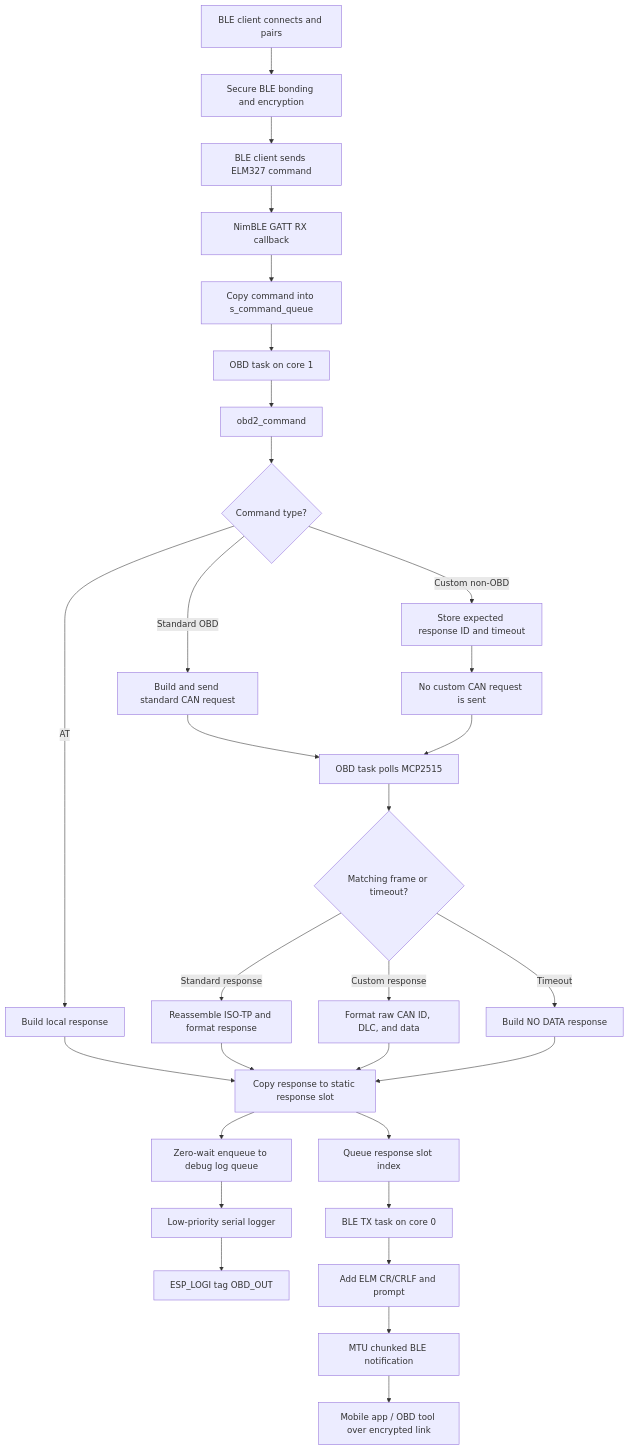
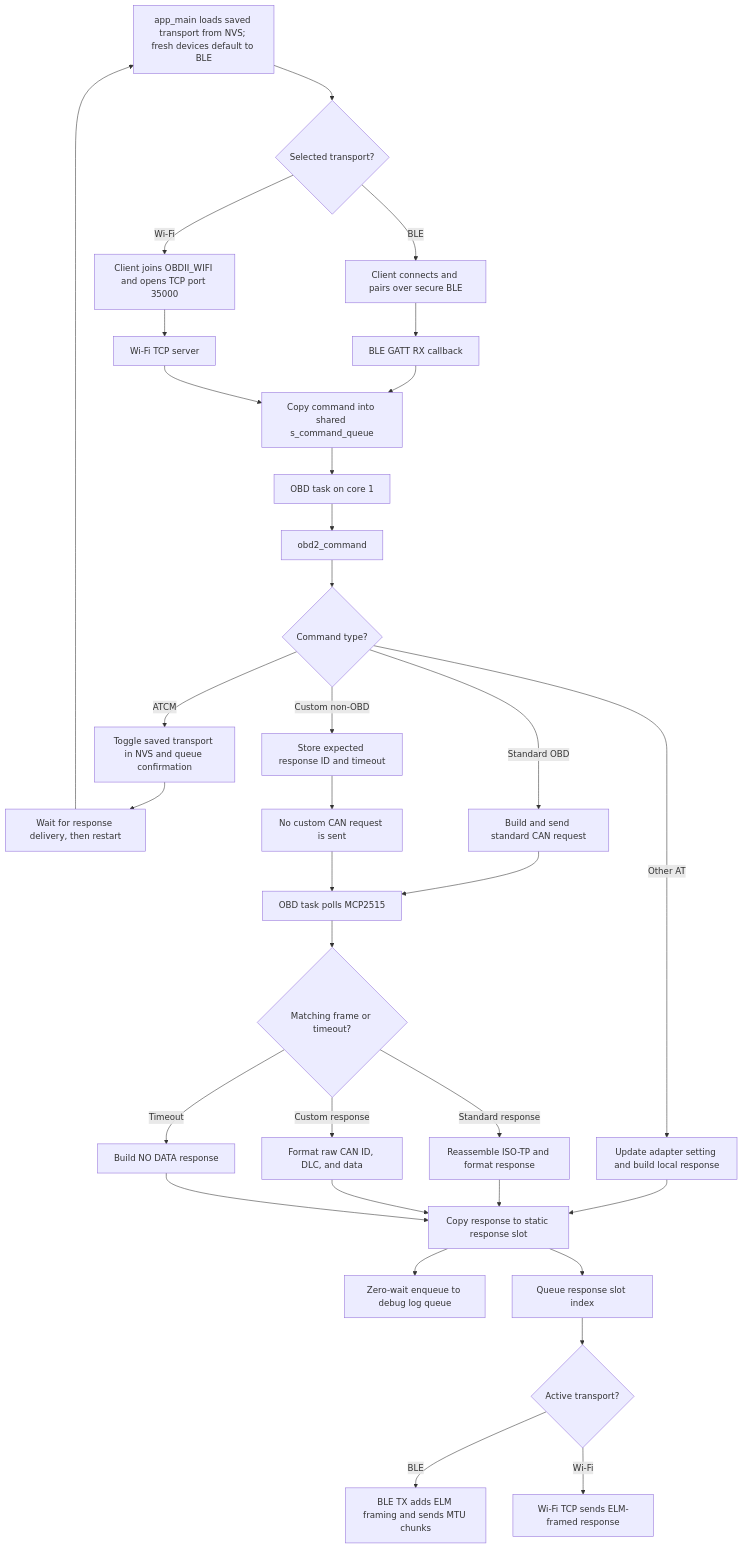
The first of 7 diagrams in OBD_BLE_FreeRTOS_C/flowchart.md (ASTI-ITS/ITS-test), drawn with Mermaid before and after one commit. The commit also changed other lines of this file and 1 other file, not shown here.

Commit message:
updated flowcharts to reflect change mode

````diff
--- a/OBD_BLE_FreeRTOS_C/flowchart.md
+++ b/OBD_BLE_FreeRTOS_C/flowchart.md
@@ -7,32 +7,35 @@
 ```mermaid
 graph TD
-    A[BLE client connects and pairs] --> B[Secure BLE bonding and encryption]
-    B --> C[BLE client sends ELM327 command]
-    C --> D[NimBLE GATT RX callback]
-    D --> E[Copy command into s_command_queue]
-    E --> F[OBD task on core 1]
-    F --> G[obd2_command]
-    G --> H{Command type?}
-    H -- AT --> I[Build local response]
-    H -- Standard OBD --> J[Build and send standard CAN request]
-    H -- Custom non-OBD --> K[Store expected response ID and timeout]
-    K --> L[No custom CAN request is sent]
-    J --> M[OBD task polls MCP2515]
-    L --> M
-    M --> N{Matching frame or timeout?}
-    N -- Standard response --> O[Reassemble ISO-TP and format response]
-    N -- Custom response --> P[Format raw CAN ID, DLC, and data]
-    N -- Timeout --> Q[Build NO DATA response]
-    I --> R[Copy response to static response slot]
-    O --> R
-    P --> R
-    Q --> R
-    R --> S[Zero-wait enqueue to debug log queue]
-    S --> T[Low-priority serial logger]
-    T --> U[ESP_LOGI tag OBD_OUT]
-    R --> V[Queue response slot index]
-    V --> W[BLE TX task on core 0]
-    W --> X[Add ELM CR/CRLF and prompt]
-    X --> Y[MTU chunked BLE notification]
-    Y --> Z[Mobile app / OBD tool over encrypted link]
+    A[app_main loads saved transport from NVS; fresh devices default to BLE] --> B{Selected transport?}
+    B -- BLE --> C[Client connects and pairs over secure BLE]
+    B -- Wi-Fi --> D[Client joins OBDII_WIFI and opens TCP port 35000]
+    C --> E[BLE GATT RX callback]
+    D --> F[Wi-Fi TCP server]
+    E --> G[Copy command into shared s_command_queue]
+    F --> G
+    G --> H[OBD task on core 1]
+    H --> I[obd2_command]
+    I --> J{Command type?}
+    J -- ATCM --> K[Toggle saved transport in NVS and queue confirmation]
+    K --> L[Wait for response delivery, then restart]
+    L --> A
+    J -- Other AT --> M[Update adapter setting and build local response]
+    J -- Standard OBD --> N[Build and send standard CAN request]
+    J -- Custom non-OBD --> O[Store expected response ID and timeout]
+    O --> P[No custom CAN request is sent]
+    N --> Q[OBD task polls MCP2515]
+    P --> Q
+    Q --> R{Matching frame or timeout?}
+    R -- Standard response --> S[Reassemble ISO-TP and format response]
+    R -- Custom response --> T[Format raw CAN ID, DLC, and data]
+    R -- Timeout --> U[Build NO DATA response]
+    M --> V[Copy response to static response slot]
+    S --> V
+    T --> V
+    U --> V
+    V --> W[Zero-wait enqueue to debug log queue]
+    V --> X[Queue response slot index]
+    X --> Y{Active transport?}
+    Y -- BLE --> Z[BLE TX adds ELM framing and sends MTU chunks]
+    Y -- Wi-Fi --> AA[Wi-Fi TCP sends ELM-framed response]
 ```
````
